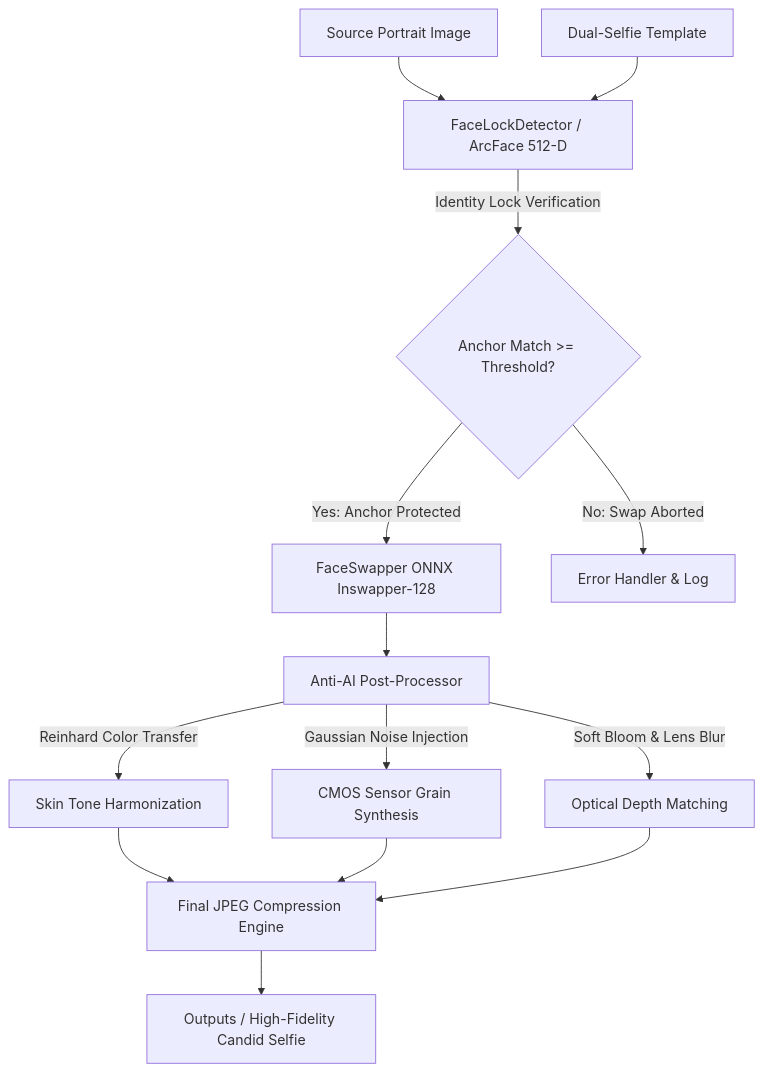
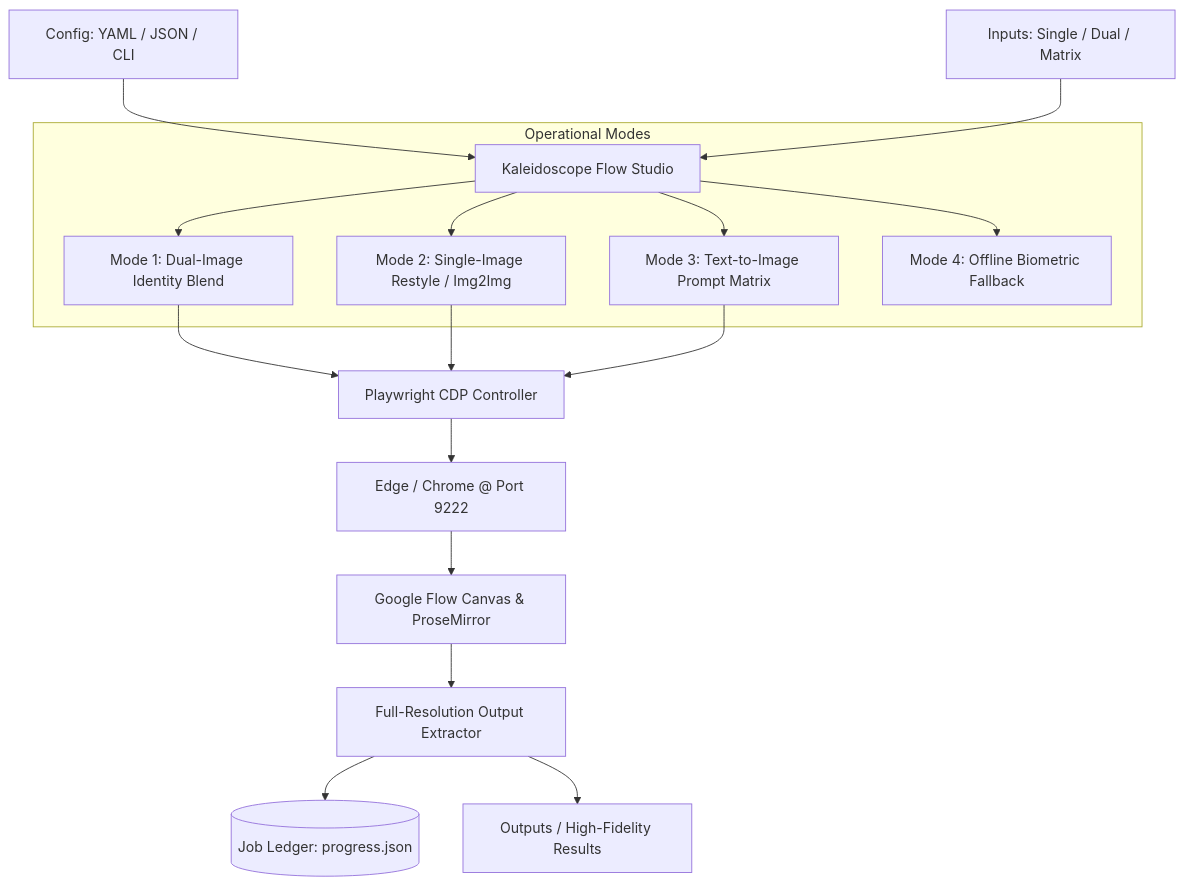
One commit to Ahauyy/Kaleidoscope changed the diagram in README.md. Above: the diagram before and after it, drawn with Mermaid. The commit also changed other lines of this file and 19 other files, not shown here.

Commit message:
feat: transform into universal Google Flow automation & batch generation studio

````diff
--- a/README.md
+++ b/README.md
@@ -18,14 +25,19 @@
 ```mermaid
 graph TD
-    A[Source Portrait Image] --> B[FaceLockDetector / ArcFace 512-D]
-    T[Dual-Selfie Template] --> B
-    B -->|Identity Lock Verification| C{Anchor Match >= Threshold?}
-    C -->|Yes: Anchor Protected| D[FaceSwapper ONNX Inswapper-128]
-    C -->|No: Swap Aborted| E[Error Handler & Log]
-    D --> F[Anti-AI Post-Processor]
-    F -->|Reinhard Color Transfer| G[Skin Tone Harmonization]
-    F -->|Gaussian Noise Injection| H[CMOS Sensor Grain Synthesis]
-    F -->|Soft Bloom & Lens Blur| I[Optical Depth Matching]
-    G & H & I --> J[Final JPEG Compression Engine]
-    J --> K[Outputs / High-Fidelity Candid Selfie]
+    Config[Config: YAML / JSON / CLI] --> Studio[Kaleidoscope Flow Studio]
+    Inputs[Inputs: Single / Dual / Matrix] --> Studio
+    
+    subgraph Operational Modes
+        Studio --> M1[Mode 1: Dual-Image Identity Blend]
+        Studio --> M2[Mode 2: Single-Image Restyle / Img2Img]
+        Studio --> M3[Mode 3: Text-to-Image Prompt Matrix]
+        Studio --> M4[Mode 4: Offline Biometric Fallback]
+    end
+    
+    M1 & M2 & M3 --> CDP[Playwright CDP Controller]
+    CDP --> Browser[Edge / Chrome @ Port 9222]
+    Browser --> Canvas[Google Flow Canvas & ProseMirror]
+    Canvas --> Extract[Full-Resolution Output Extractor]
+    Extract --> Ledger[(Job Ledger: progress.json)]
+    Extract --> Storage[Outputs / High-Fidelity Results]
 ```
````
